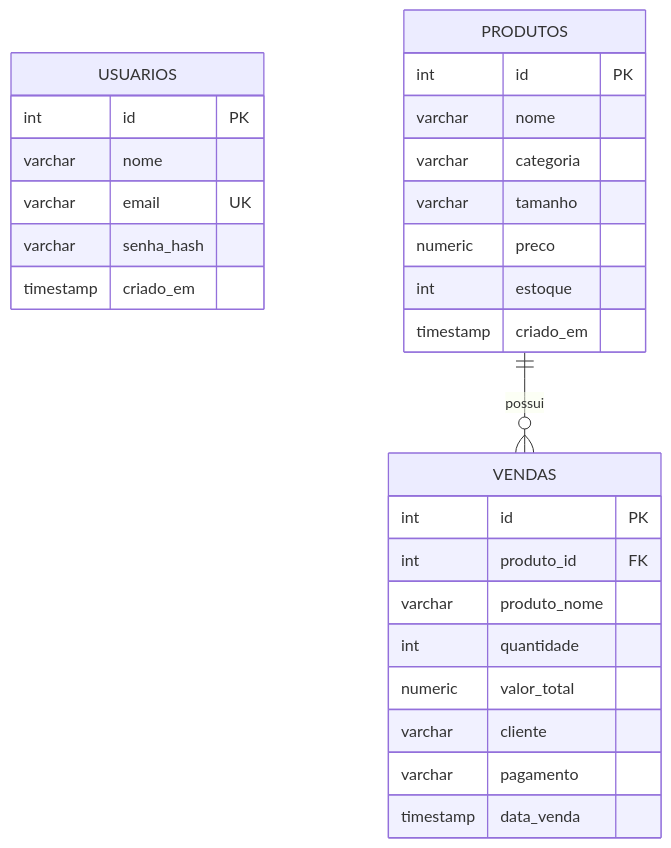
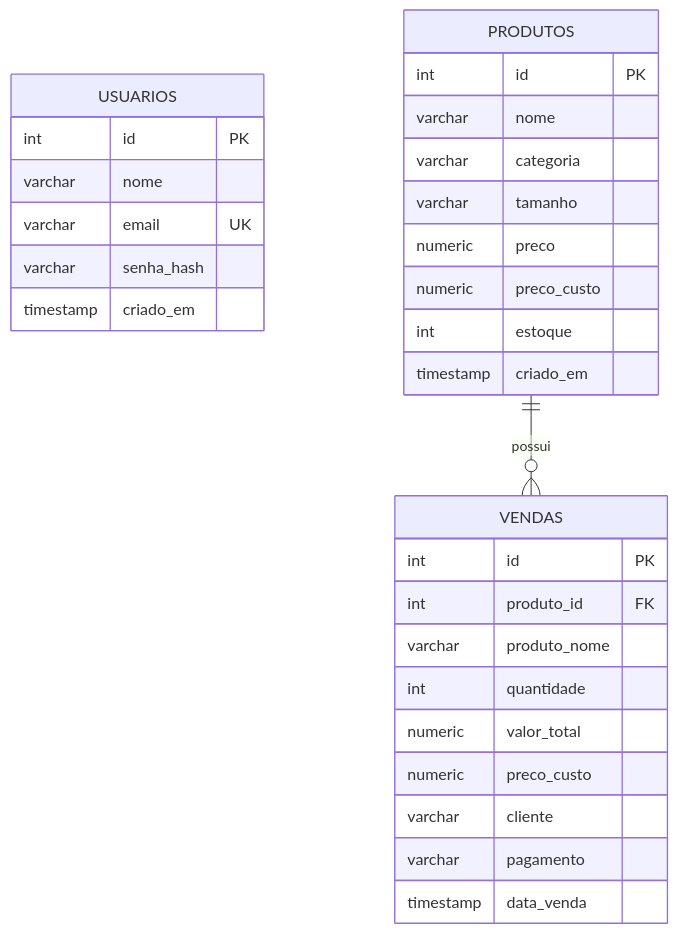
Before and after one commit to GleiceAvelinor/estoque-pyladies: the second of 2 diagrams in README.md, drawn with Mermaid. The commit also changed other lines of this file and 5 other files, not shown here.

Commit message:
feat: adiciona preco de custo, calculo de margem de lucro e relatorios financeiros

````diff
--- a/README.md
+++ b/README.md
@@ -118,33 +118,35 @@
 ```mermaid
 erDiagram
     USUARIOS {
         int id PK
         varchar nome
         varchar email UK
         varchar senha_hash
         timestamp criado_em
     }
 
     PRODUTOS {
         int id PK
         varchar nome
         varchar categoria
         varchar tamanho
         numeric preco
+        numeric preco_custo
         int estoque
         timestamp criado_em
     }
 
     VENDAS {
         int id PK
         int produto_id FK
         varchar produto_nome
         int quantidade
         numeric valor_total
+        numeric preco_custo
         varchar cliente
         varchar pagamento
         timestamp data_venda
     }
 
     PRODUTOS ||--o{ VENDAS : "possui"
 ```
````
